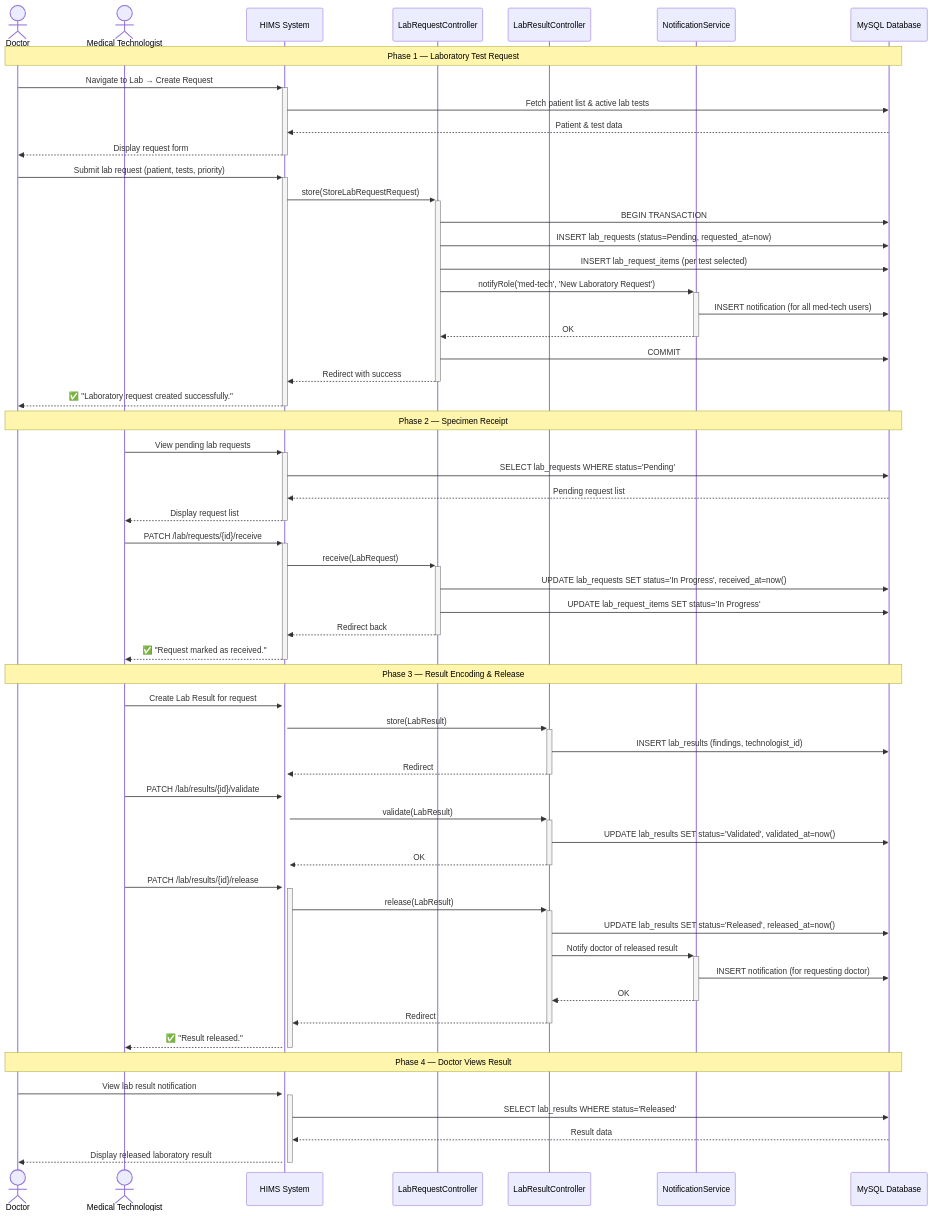
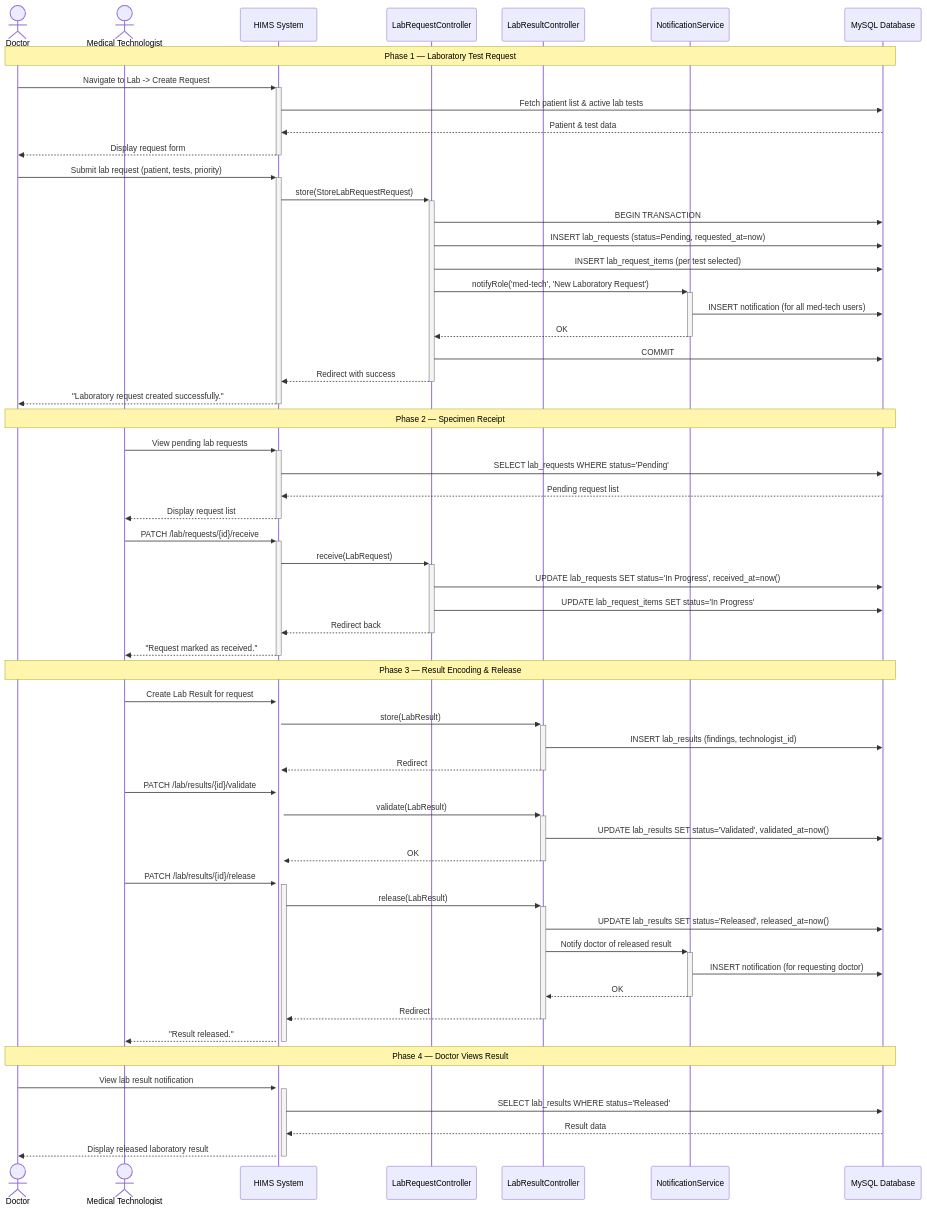
Diagram 13 of 14 in hims_14_diagrams.md (Lesthermonleon/DTCS), drawn with Mermaid before and after one commit. The commit also changed other lines of this file and 98 other files, not shown here.

Commit message:
feat: adopt ditc_hms_schema.sql as database single source of truth and remove obsolete migrations/seeders

````diff
--- a/hims_14_diagrams.md
+++ b/hims_14_diagrams.md
@@ -666,71 +666,71 @@
 ```mermaid
 sequenceDiagram
     actor DOC as Doctor
     actor MTECH as Medical Technologist
     participant SYS as HIMS System
     participant LAB_CTL as LabRequestController
     participant RES_CTL as LabResultController
     participant NOTIF as NotificationService
     participant DB as MySQL Database
 
     Note over DOC,DB: Phase 1 — Laboratory Test Request
 
-    DOC->>+SYS: Navigate to Lab → Create Request
+    DOC->>+SYS: Navigate to Lab -> Create Request
     SYS->>DB: Fetch patient list & active lab tests
     DB-->>SYS: Patient & test data
     SYS-->>-DOC: Display request form
 
     DOC->>+SYS: Submit lab request (patient, tests, priority)
     SYS->>+LAB_CTL: store(StoreLabRequestRequest)
     LAB_CTL->>DB: BEGIN TRANSACTION
     LAB_CTL->>DB: INSERT lab_requests (status=Pending, requested_at=now)
     LAB_CTL->>DB: INSERT lab_request_items (per test selected)
     LAB_CTL->>+NOTIF: notifyRole('med-tech', 'New Laboratory Request')
     NOTIF->>DB: INSERT notification (for all med-tech users)
     NOTIF-->>-LAB_CTL: OK
     LAB_CTL->>DB: COMMIT
     LAB_CTL-->>-SYS: Redirect with success
-    SYS-->>-DOC: ✅ "Laboratory request created successfully."
+    SYS-->>-DOC: "Laboratory request created successfully."
 
     Note over DOC,DB: Phase 2 — Specimen Receipt
 
     MTECH->>+SYS: View pending lab requests
     SYS->>DB: SELECT lab_requests WHERE status='Pending'
     DB-->>SYS: Pending request list
     SYS-->>-MTECH: Display request list
 
     MTECH->>+SYS: PATCH /lab/requests/{id}/receive
     SYS->>+LAB_CTL: receive(LabRequest)
     LAB_CTL->>DB: UPDATE lab_requests SET status='In Progress', received_at=now()
     LAB_CTL->>DB: UPDATE lab_request_items SET status='In Progress'
     LAB_CTL-->>-SYS: Redirect back
-    SYS-->>-MTECH: ✅ "Request marked as received."
+    SYS-->>-MTECH: "Request marked as received."
 
     Note over DOC,DB: Phase 3 — Result Encoding & Release
 
     MTECH->>+SYS: Create Lab Result for request
     SYS->>+RES_CTL: store(LabResult)
     RES_CTL->>DB: INSERT lab_results (findings, technologist_id)
     RES_CTL-->>-SYS: Redirect
 
     MTECH->>+SYS: PATCH /lab/results/{id}/validate
     SYS->>+RES_CTL: validate(LabResult)
     RES_CTL->>DB: UPDATE lab_results SET status='Validated', validated_at=now()
     RES_CTL-->>-SYS: OK
 
     MTECH->>+SYS: PATCH /lab/results/{id}/release
     SYS->>+RES_CTL: release(LabResult)
     RES_CTL->>DB: UPDATE lab_results SET status='Released', released_at=now()
     RES_CTL->>+NOTIF: Notify doctor of released result
     NOTIF->>DB: INSERT notification (for requesting doctor)
     NOTIF-->>-RES_CTL: OK
     RES_CTL-->>-SYS: Redirect
-    SYS-->>-MTECH: ✅ "Result released."
+    SYS-->>-MTECH: "Result released."
 
     Note over DOC,DB: Phase 4 — Doctor Views Result
 
     DOC->>+SYS: View lab result notification
     SYS->>DB: SELECT lab_results WHERE status='Released'
     DB-->>SYS: Result data
     SYS-->>-DOC: Display released laboratory result
 ```
````
